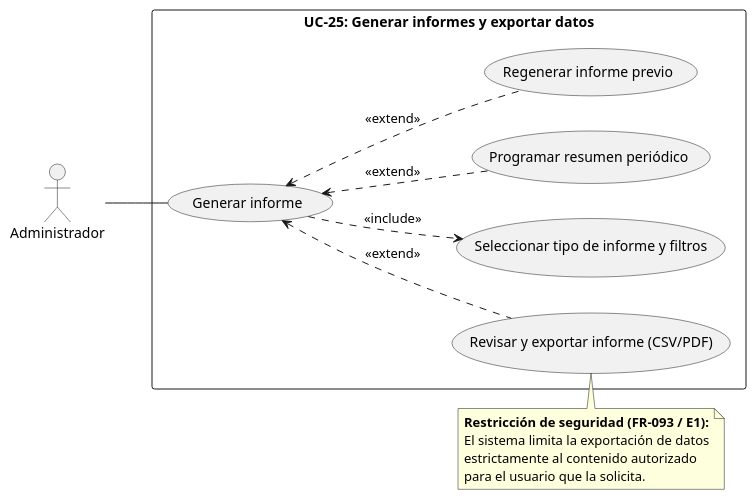
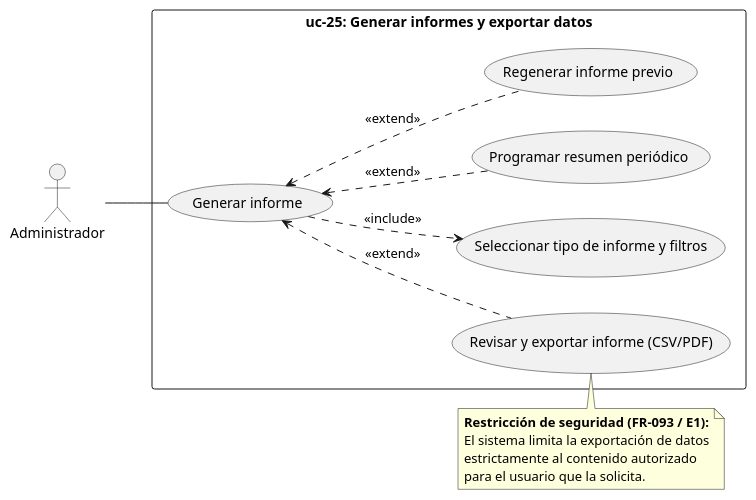
The diagram in doc/src/casos-uso/uc-25-generar-informes-exportar-datos.pu (pablorv3/Hienitas-ADAP), drawn with PlantUML before and after one commit. The commit also changed 28 other files, not shown here.

Commit message:
uml diagram fixes

```diff
--- a/doc/src/casos-uso/uc-25-generar-informes-exportar-datos.pu
+++ b/doc/src/casos-uso/uc-25-generar-informes-exportar-datos.pu
@@ -1,34 +1,34 @@
 @startuml uc-25
     left to right direction
     skinparam packageStyle rectangle
 
     actor "Administrador" as Admin
 
-    rectangle "UC-25: Generar informes y exportar datos" {
+    rectangle "uc-25: Generar informes y exportar datos" {
         usecase "Seleccionar tipo de informe y filtros" as UC_Filtros
         usecase "Generar informe" as UC_Generar
         usecase "Revisar y exportar informe (CSV/PDF)" as UC_Exportar
         usecase "Programar resumen periódico" as UC_Programar
         usecase "Regenerar informe previo" as UC_Regenerar
 
         ' Relación de inclusión: Generar un informe requiere obligatoriamente configurar los filtros
         UC_Generar ..> UC_Filtros : <<include>>
         
         ' Acciones opcionales tras generar/visualizar el informe
         UC_Generar <.. UC_Exportar : <<extend>>
         UC_Generar <.. UC_Programar : <<extend>>
         UC_Generar <.. UC_Regenerar : <<extend>>
     }
 
     ' Nota de seguridad sobre la exportación de datos
     note top of UC_Exportar
     <b>Restricción de seguridad (FR-093 / E1):</b>
     El sistema limita la exportación de datos
     estrictamente al contenido autorizado
     para el usuario que la solicita.
     end note
 
     ' Asociación simple al caso de uso desencadenante
     Admin -- UC_Generar
 
 @enduml
```
